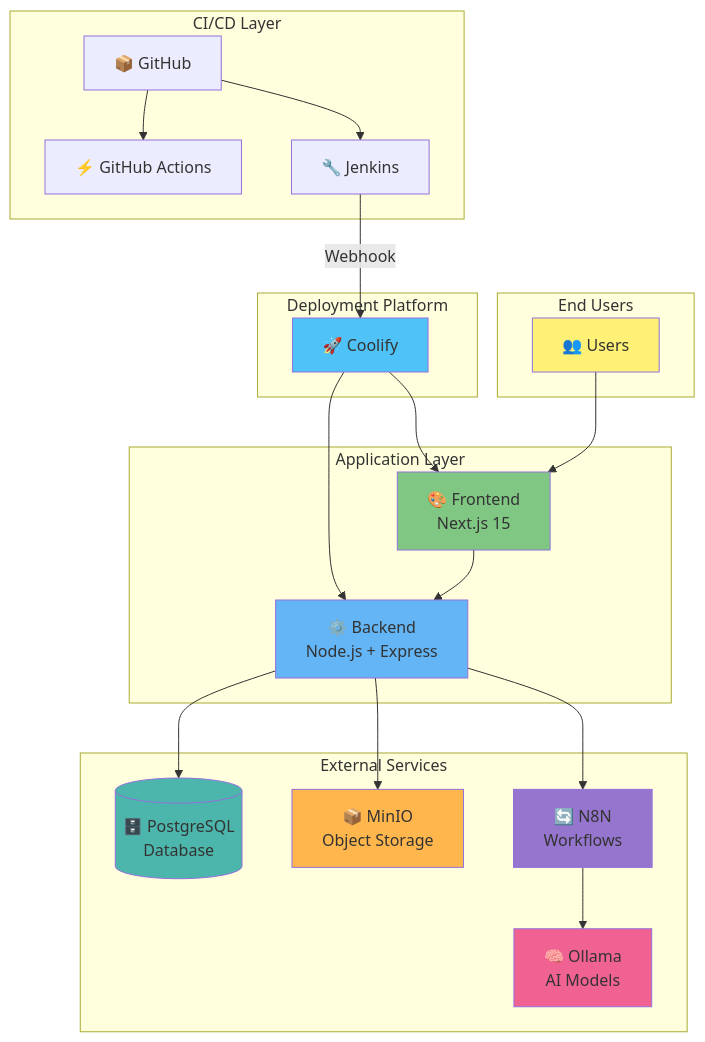
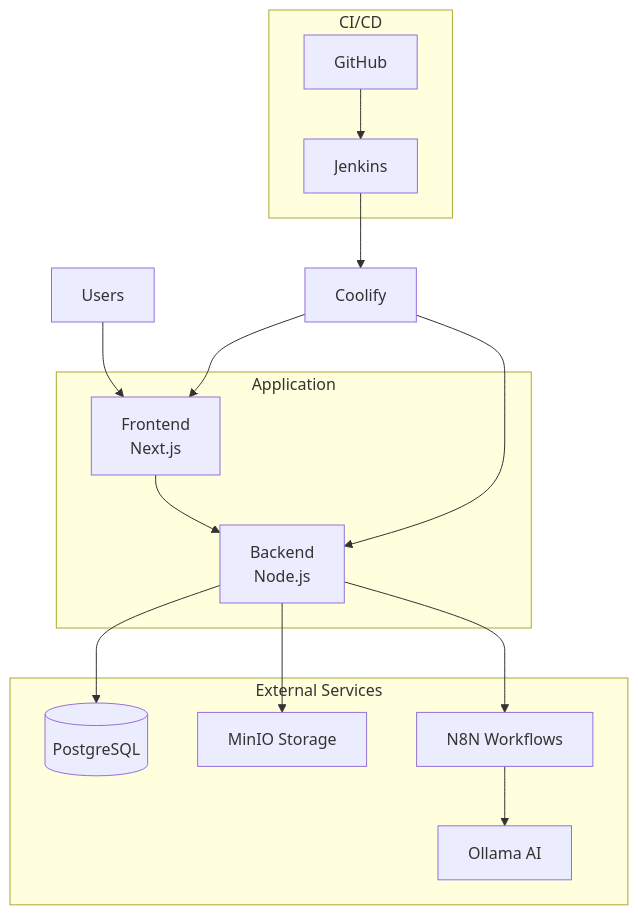
One commit to tikpoptv/MUSE-MUSIC changed the second of 5 diagrams in DEPLOYMENT.md. Above: the diagram before and after it, drawn with Mermaid. The commit also changed other lines of this file, not shown here.

Commit message:
อัพเดท mermaid อันเมื่อกี้มองไม่เห็น

````diff
--- a/DEPLOYMENT.md
+++ b/DEPLOYMENT.md
@@ -54,51 +48,31 @@
 ```mermaid
 graph TB
-    subgraph "External Services"
-        PG[(🗄️ PostgreSQL<br/>Database)]
-        MINIO[📦 MinIO<br/>Object Storage]
-        N8N[🔄 N8N<br/>Workflows]
-        OLLAMA[🧠 Ollama<br/>AI Models]
+    subgraph External["External Services"]
+        PG[(PostgreSQL)]
+        MINIO[MinIO Storage]
+        N8N[N8N Workflows]
+        OLLAMA[Ollama AI]
     end
     
-    subgraph "CI/CD Layer"
-        GITHUB[📦 GitHub]
-        ACTIONS[⚡ GitHub Actions]
-        JENKINS[🔧 Jenkins]
+    subgraph CICD["CI/CD"]
+        GITHUB[GitHub]
+        JENKINS[Jenkins]
     end
     
-    subgraph "Deployment Platform"
-        COOLIFY[🚀 Coolify]
+    subgraph App["Application"]
+        FRONTEND[Frontend<br/>Next.js]
+        BACKEND[Backend<br/>Node.js]
     end
     
-    subgraph "Application Layer"
-        FRONTEND[🎨 Frontend<br/>Next.js 15]
-        BACKEND[⚙️ Backend<br/>Node.js + Express]
-    end
-    
-    subgraph "End Users"
-        USERS[👥 Users]
-    end
-    
-    GITHUB --> ACTIONS
+    USERS[Users] --> FRONTEND
     GITHUB --> JENKINS
-    JENKINS -->|Webhook| COOLIFY
+    JENKINS --> COOLIFY[Coolify]
     COOLIFY --> FRONTEND
     COOLIFY --> BACKEND
     
     FRONTEND --> BACKEND
     BACKEND --> PG
     BACKEND --> MINIO
     BACKEND --> N8N
     N8N --> OLLAMA
-    
-    USERS --> FRONTEND
-    
-    style PG fill:#4db6ac
-    style MINIO fill:#ffb74d
-    style N8N fill:#9575cd
-    style OLLAMA fill:#f06292
-    style COOLIFY fill:#4fc3f7
-    style FRONTEND fill:#81c784
-    style BACKEND fill:#64b5f6
-    style USERS fill:#fff176
 ```
````
